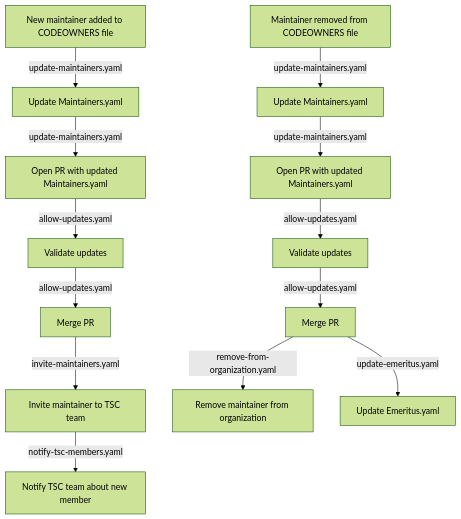
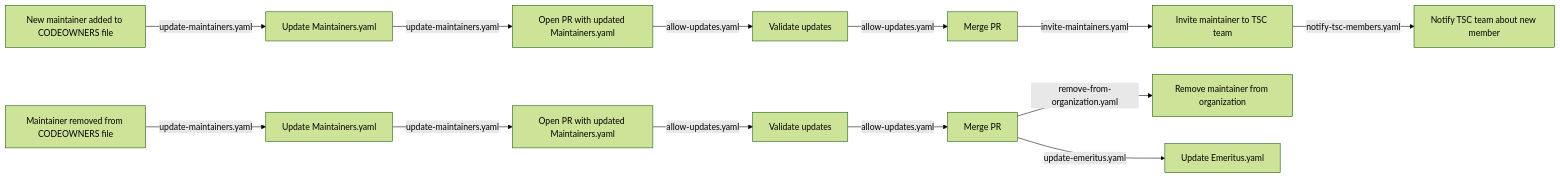
Diagram 13 of 13 in scripts/README.md (14Richa/testRepo), drawn with Mermaid (forest theme) before and after one commit.

Commit message:
added lr to mermaid

````diff
--- a/scripts/README.md
+++ b/scripts/README.md
@@ -206,16 +206,16 @@
 ```mermaid 
-graph TD;
+graph LR;
     A[New maintainer added to CODEOWNERS file] -->|update-maintainers.yaml| B[Update Maintainers.yaml];
     B -->|update-maintainers.yaml| C[Open PR with updated Maintainers.yaml];
     C -->|allow-updates.yaml| D[Validate updates];
     D -->|allow-updates.yaml| E[Merge PR];
     E -->|invite-maintainers.yaml| F[Invite maintainer to TSC team];
     F -->|notify-tsc-members.yaml| G[Notify TSC team about new member];
 
     H[Maintainer removed from CODEOWNERS file] -->|update-maintainers.yaml| I[Update Maintainers.yaml];
     I -->|update-maintainers.yaml| J[Open PR with updated Maintainers.yaml];
     J -->|allow-updates.yaml| K[Validate updates];
     K -->|allow-updates.yaml| L[Merge PR];
     L -->|remove-from-organization.yaml| M[Remove maintainer from organization];
     L -->|update-emeritus.yaml| N[Update Emeritus.yaml];
 ```
````
